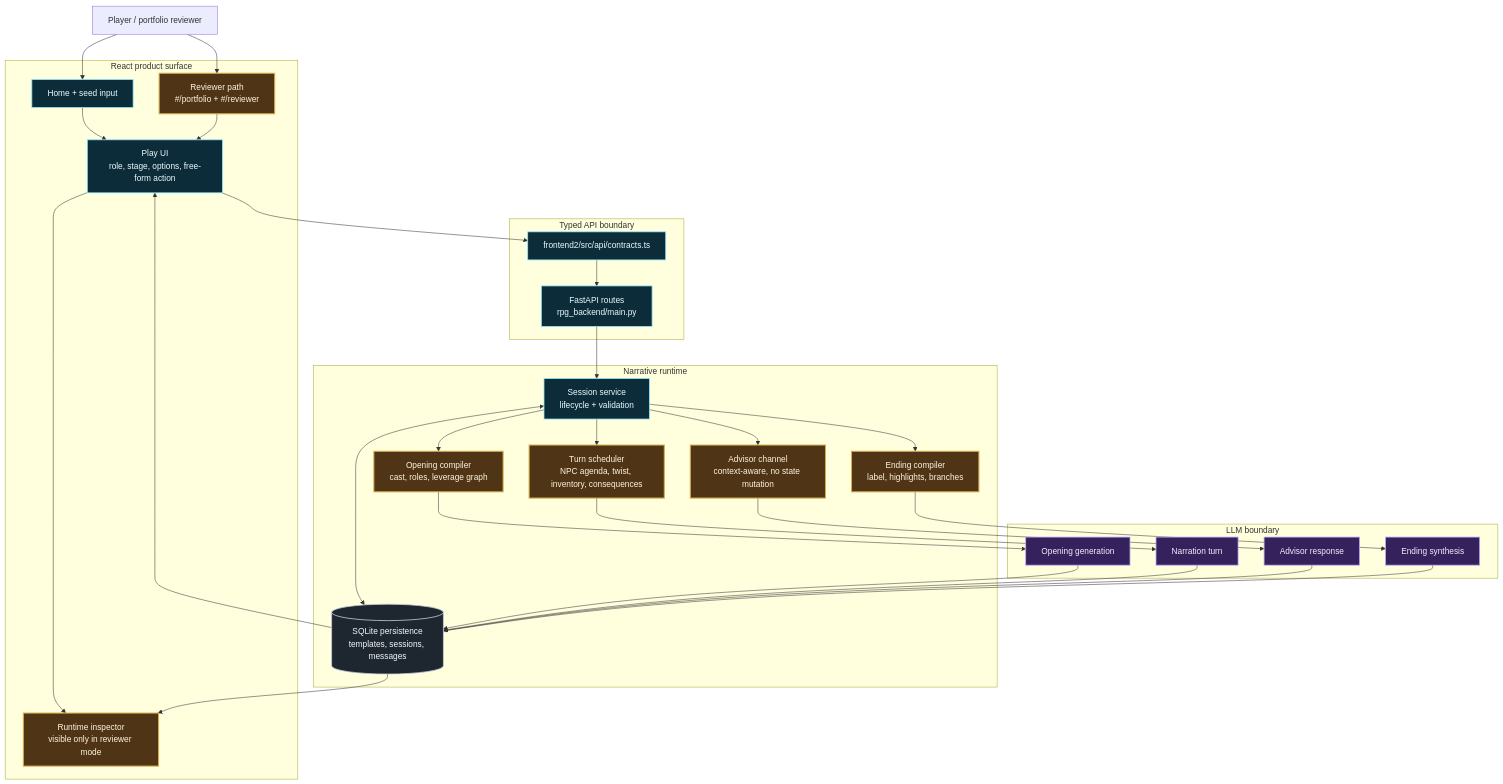
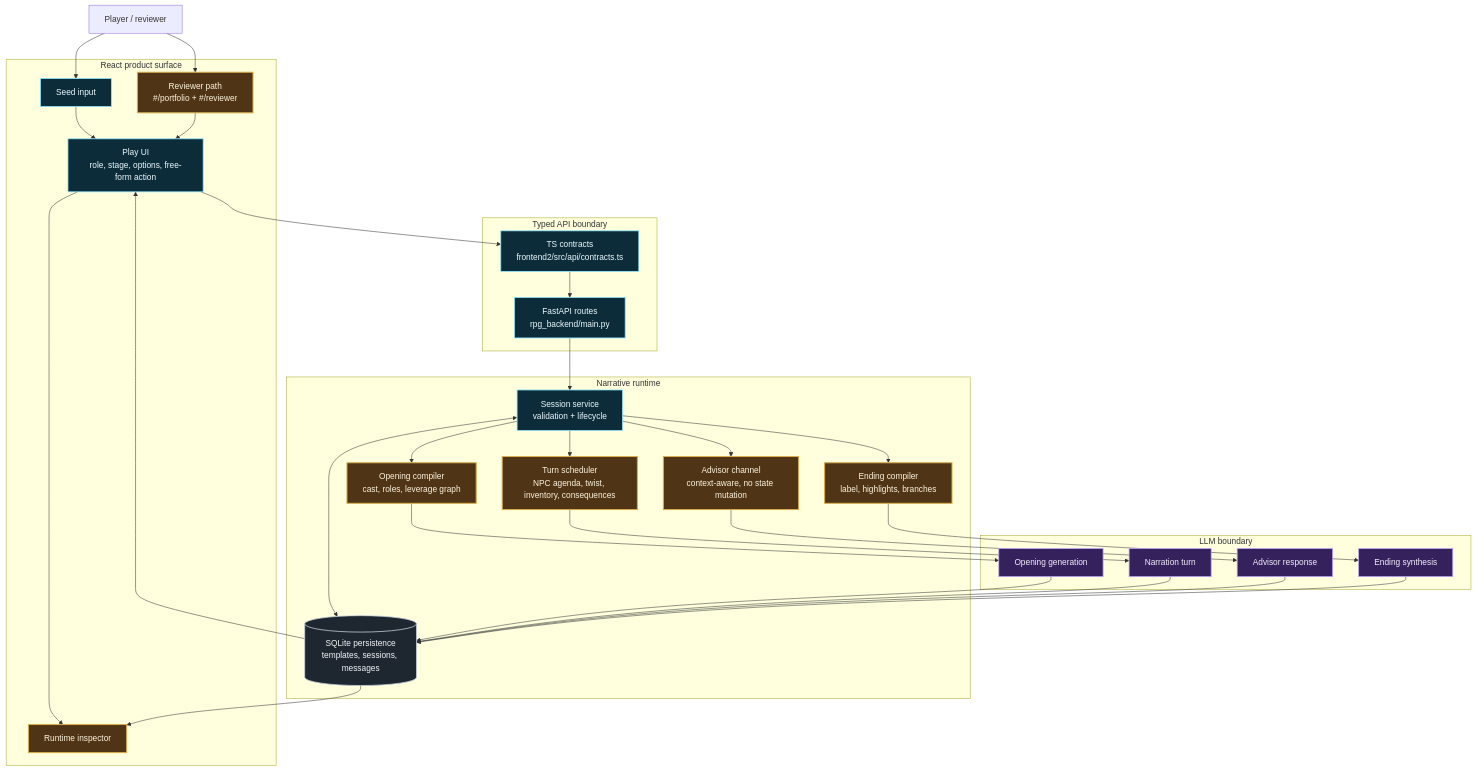
Before and after one commit to lishehao-ctrl/RPG_Demo: the diagram in README.md, drawn with Mermaid. The commit also changed other lines of this file, not shown here.

````diff
--- a/README.md
+++ b/README.md
@@ -176,70 +92,65 @@
 ```mermaid
 flowchart TB
-    U["Player / portfolio reviewer"]
+    U["Player / reviewer"]
 
     subgraph Product["React product surface"]
-        HOME["Home + seed input"]
+        HOME["Seed input"]
         REVIEW["Reviewer path<br/>#/portfolio + #/reviewer"]
         PLAY["Play UI<br/>role, stage, options, free-form action"]
-        INSPECT["Runtime inspector<br/>visible only in reviewer mode"]
+        INSPECT["Runtime inspector"]
     end
 
     subgraph API["Typed API boundary"]
-        CLIENT["frontend2/src/api/contracts.ts"]
+        CLIENT["TS contracts<br/>frontend2/src/api/contracts.ts"]
         ROUTES["FastAPI routes<br/>rpg_backend/main.py"]
     end
 
     subgraph Runtime["Narrative runtime"]
-        SERVICE["Session service<br/>lifecycle + validation"]
+        SERVICE["Session service<br/>validation + lifecycle"]
         OPENING["Opening compiler<br/>cast, roles, leverage graph"]
         TURN["Turn scheduler<br/>NPC agenda, twist, inventory, consequences"]
         ADVISOR["Advisor channel<br/>context-aware, no state mutation"]
         ENDING["Ending compiler<br/>label, highlights, branches"]
         STORE[("SQLite persistence<br/>templates, sessions, messages")]
     end
 
     subgraph LLM["LLM boundary"]
         OPEN_LLM["Opening generation"]
         TURN_LLM["Narration turn"]
         ADVISOR_LLM["Advisor response"]
         END_LLM["Ending synthesis"]
     end
 
     U --> HOME
     U --> REVIEW
     HOME --> PLAY
     REVIEW --> PLAY
     PLAY --> INSPECT
     PLAY --> CLIENT
     CLIENT --> ROUTES
     ROUTES --> SERVICE
 
     SERVICE --> OPENING
     SERVICE --> TURN
     SERVICE --> ADVISOR
     SERVICE --> ENDING
     SERVICE <--> STORE
 
-    OPENING --> OPEN_LLM
-    TURN --> TURN_LLM
-    ADVISOR --> ADVISOR_LLM
-    ENDING --> END_LLM
-
-    OPEN_LLM --> STORE
-    TURN_LLM --> STORE
-    ADVISOR_LLM --> STORE
-    END_LLM --> STORE
+    OPENING --> OPEN_LLM --> STORE
+    TURN --> TURN_LLM --> STORE
+    ADVISOR --> ADVISOR_LLM --> STORE
+    ENDING --> END_LLM --> STORE
 
     STORE --> INSPECT
     STORE --> PLAY
 
     classDef innovation fill:#4f3516,stroke:#d7ad50,color:#fff4df,stroke-width:2px;
     classDef engineering fill:#0d2c3a,stroke:#8ee8ff,color:#ecfbff,stroke-width:1.5px;
     classDef llm fill:#35215c,stroke:#bda7ff,color:#f4efff,stroke-width:1.5px;
     classDef store fill:#1e2730,stroke:#c7ced8,color:#f4f7fb,stroke-width:1.5px;
 
     class OPENING,TURN,ADVISOR,ENDING,REVIEW,INSPECT innovation;
     class CLIENT,ROUTES,SERVICE,PLAY,HOME engineering;
     class OPEN_LLM,TURN_LLM,ADVISOR_LLM,END_LLM llm;
     class STORE store;
 ```
````
